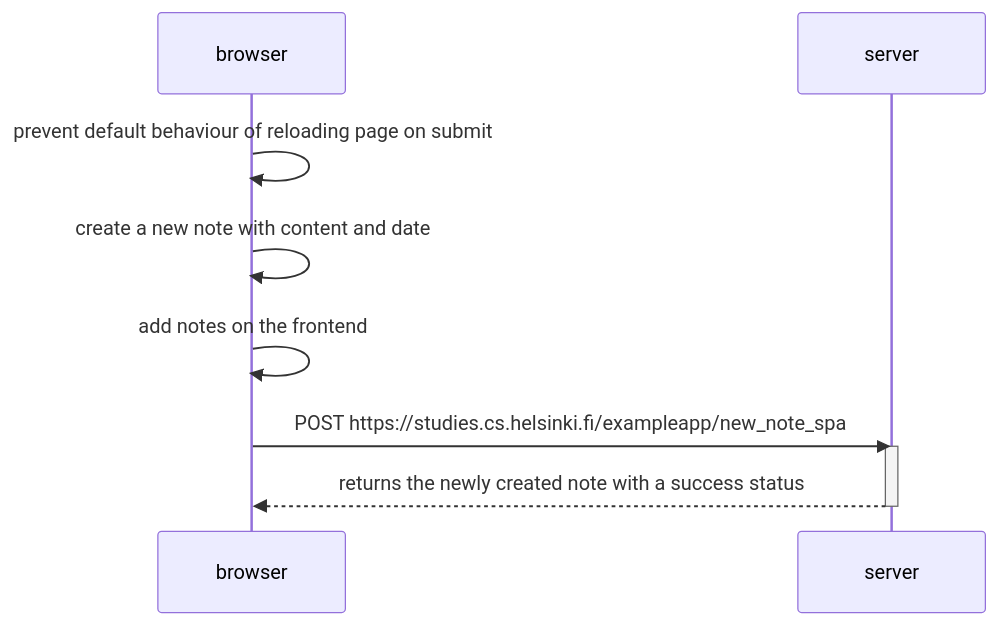
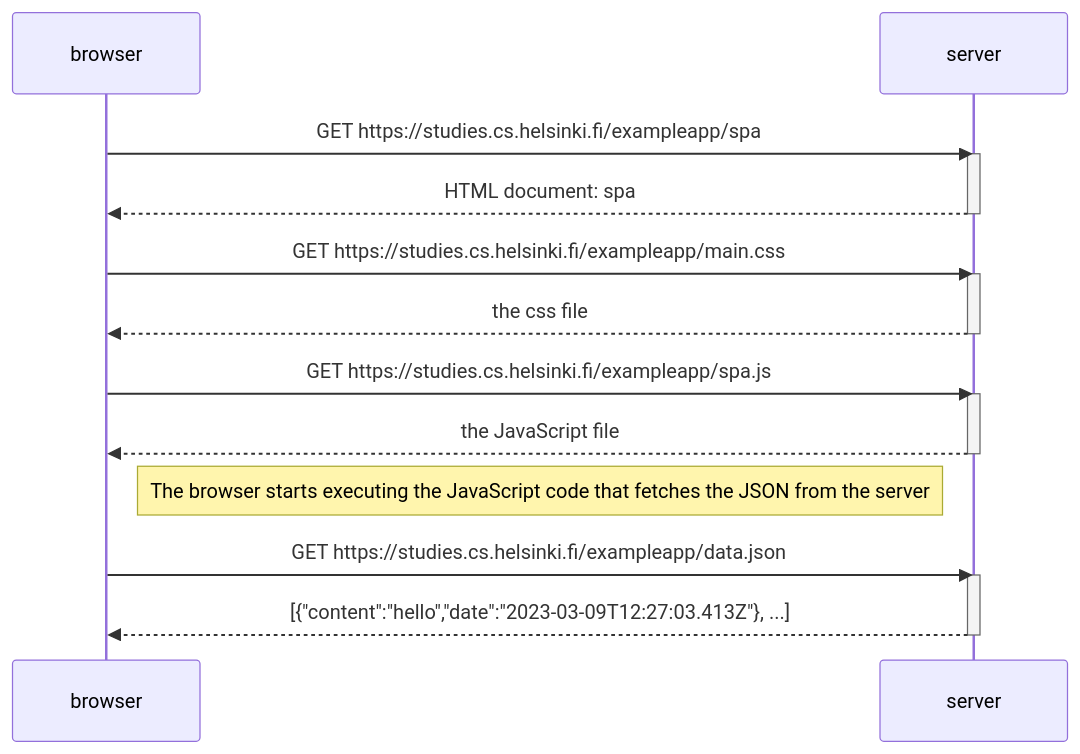
One commit to Amr-Magdy95/FullStackOpen changed the diagram in part0/0.5/README.md. Above: the diagram before and after it, drawn with Mermaid. The commit also changed 1 other file, not shown here.

Commit message:
0.6 first attempt

````diff
--- a/part0/0.5/README.md
+++ b/part0/0.5/README.md
@@ -3,20 +3,29 @@
 ```mermaid
 sequenceDiagram
     participant browser
     participant server
 
-    browser->>browser: prevent default behaviour of reloading page on submit
+    browser->>server: GET https://studies.cs.helsinki.fi/exampleapp/spa
+    activate server
+    server-->>browser: HTML document: spa
+    deactivate server
 
-    browser->>browser: create a new note with content and date
+    browser->>server: GET https://studies.cs.helsinki.fi/exampleapp/main.css
+    activate server
+    server-->>browser: the css file
+    deactivate server
 
+    browser->>server: GET https://studies.cs.helsinki.fi/exampleapp/spa.js
+    activate server
+    server-->>browser: the JavaScript file
+    deactivate server
 
-    browser->>browser: add notes on the frontend
+    Note right of browser: The browser starts executing the JavaScript code that fetches the JSON from the server
 
-    browser->>server: POST https://studies.cs.helsinki.fi/exampleapp/new_note_spa
+    browser->>server: GET https://studies.cs.helsinki.fi/exampleapp/data.json
     activate server
-    server-->>browser: returns the newly created note with a success status
+    server-->>browser: [{"content":"hello","date":"2023-03-09T12:27:03.413Z"}, ...]
     deactivate server
 
 
-
 ```
````
